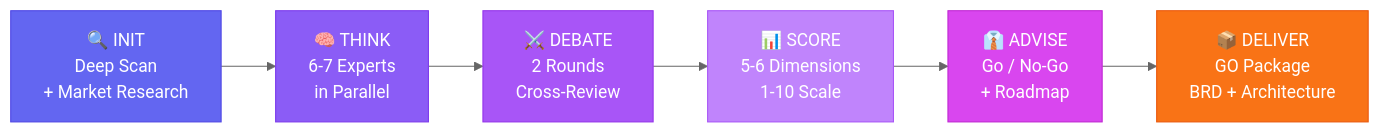
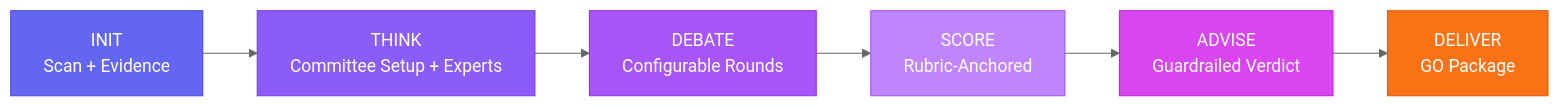
Before and after one commit to ebnrdwan/GangPlugin: the diagram in README.md, drawn with Mermaid (neutral theme). The commit also changed other lines of this file and 27 other files, not shown here.

First line of the commit message:
feat: Gang v1.3.0 — configurable, auditable, cost-aware committee

````diff
--- a/README.md
+++ b/README.md
@@ -45,15 +56,15 @@
 ```mermaid
 graph LR
-    A["🔍 INIT<br/>Deep Scan<br/>+ Market Research"] --> B["🧠 THINK<br/>6-7 Experts<br/>in Parallel"]
-    B --> C["⚔️ DEBATE<br/>2 Rounds<br/>Cross-Review"]
-    C --> D["📊 SCORE<br/>5-6 Dimensions<br/>1-10 Scale"]
-    D --> E["👔 ADVISE<br/>Go / No-Go<br/>+ Roadmap"]
-    E --> F["📦 DELIVER<br/>GO Package<br/>BRD + Architecture"]
+    A["INIT<br/>Scan + Evidence"] --> B["THINK<br/>Committee Setup + Experts"]
+    B --> C["DEBATE<br/>Configurable Rounds"]
+    C --> D["SCORE<br/>Rubric-Anchored"]
+    D --> E["ADVISE<br/>Guardrailed Verdict"]
+    E --> F["DELIVER<br/>GO Package"]
 
     style A fill:#6366f1,stroke:#4f46e5,color:#fff
     style B fill:#8b5cf6,stroke:#7c3aed,color:#fff
     style C fill:#a855f7,stroke:#9333ea,color:#fff
     style D fill:#c084fc,stroke:#a855f7,color:#fff
     style E fill:#d946ef,stroke:#c026d3,color:#fff
     style F fill:#f97316,stroke:#ea580c,color:#fff
 ```
````
